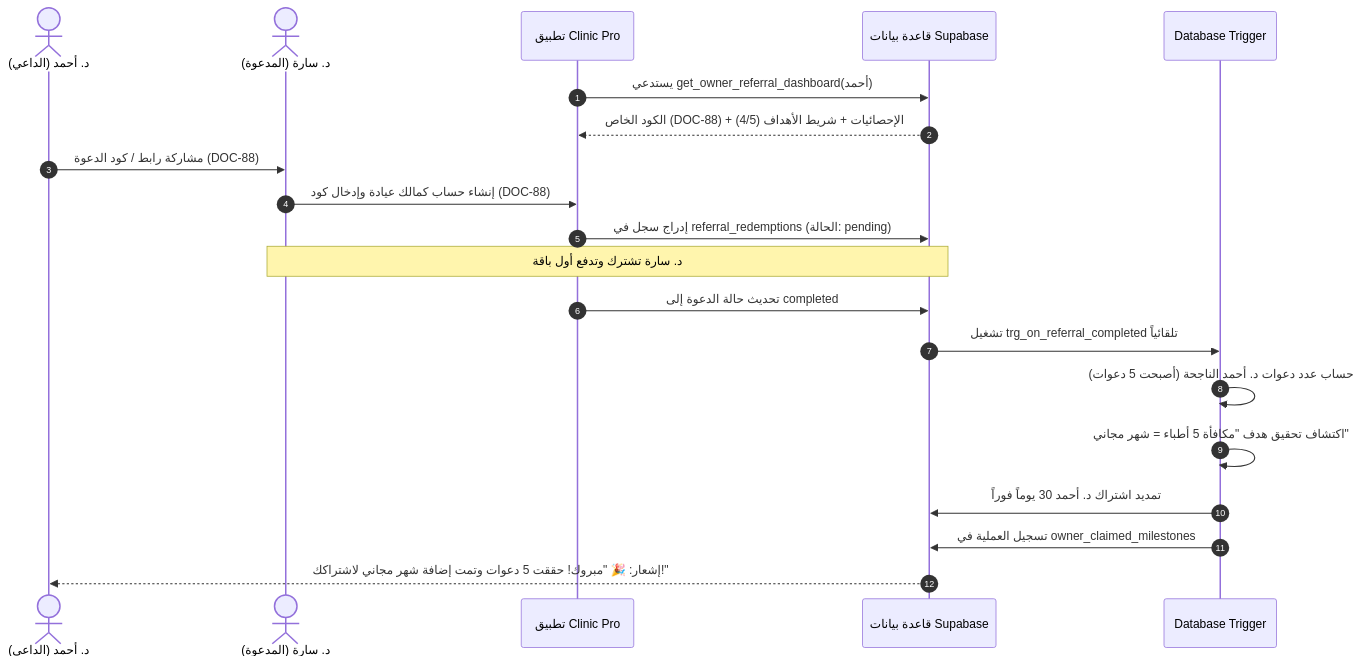
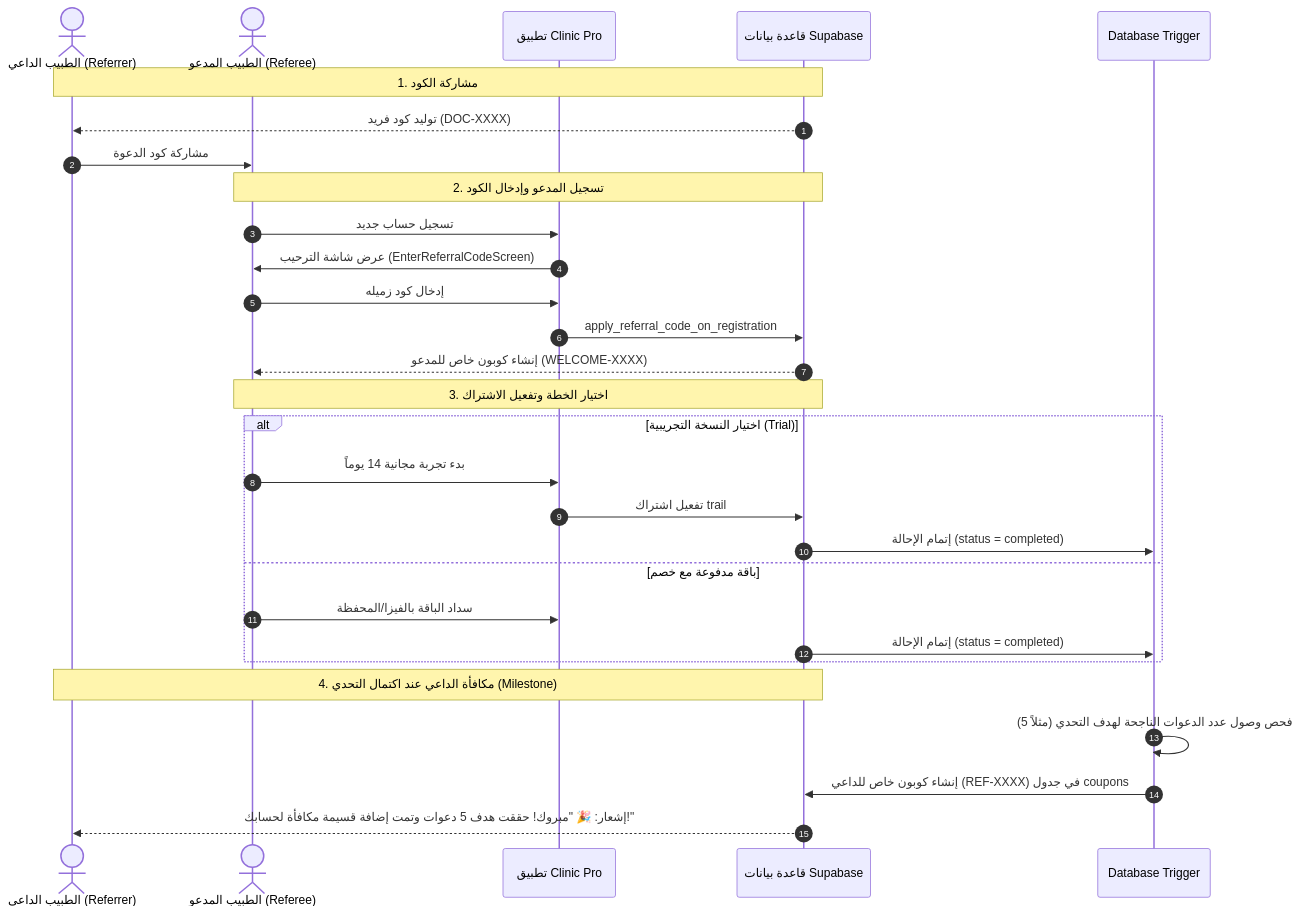
One commit to michaelEmad02/Clinic-Pro changed the diagram in clinic_pro/docs/referrals_and_coupons/referrals_logic_guide.md. Above: the diagram before and after it, drawn with Mermaid. The commit also changed other lines of this file and 38 other files, not shown here.

````diff
--- a/clinic_pro/docs/referrals_and_coupons/referrals_logic_guide.md
+++ b/clinic_pro/docs/referrals_and_coupons/referrals_logic_guide.md
@@ -16,26 +28,35 @@
 ```mermaid
 sequenceDiagram
     autonumber
-    actor Referrer as د. أحمد (الداعي)
-    actor Referee as د. سارة (المدعوة)
+    actor Referrer as الطبيب الداعي (Referrer)
+    actor Referee as الطبيب المدعو (Referee)
     participant App as تطبيق Clinic Pro
     participant DB as قاعدة بيانات Supabase
     participant Trigger as Database Trigger
 
-    App->>DB: يستدعي get_owner_referral_dashboard(أحمد)
-    DB-->>App: الكود الخاص (DOC-88) + الإحصائيات + شريط الأهداف (4/5)
-    
-    Referrer->>Referee: مشاركة رابط / كود الدعوة (DOC-88)
-    Referee->>App: إنشاء حساب كمالك عيادة وإدخال كود (DOC-88)
-    App->>DB: إدراج سجل في referral_redemptions (الحالة: pending)
-    
-    Note over Referee,DB: د. سارة تشترك وتدفع أول باقة
-    
-    App->>DB: تحديث حالة الدعوة إلى completed
-    DB->>Trigger: تشغيل trg_on_referral_completed تلقائياً
-    Trigger->>Trigger: حساب عدد دعوات د. أحمد الناجحة (أصبحت 5 دعوات)
-    Trigger->>Trigger: اكتشاف تحقيق هدف "مكافأة 5 أطباء = شهر مجاني"
-    Trigger->>DB: تمديد اشتراك د. أحمد 30 يوماً فوراً
-    Trigger->>DB: تسجيل العملية في owner_claimed_milestones
-    DB-->>Referrer: إشعار: 🎉 "مبروك! حققت 5 دعوات وتمت إضافة شهر مجاني لاشتراكك!"
+    Note over Referrer,DB: 1. مشاركة الكود
+    DB-->>Referrer: توليد كود فريد (DOC-XXXX)
+    Referrer->>Referee: مشاركة كود الدعوة
+
+    Note over Referee,DB: 2. تسجيل المدعو وإدخال الكود
+    Referee->>App: تسجيل حساب جديد
+    App->>Referee: عرض شاشة الترحيب (EnterReferralCodeScreen)
+    Referee->>App: إدخال كود زميله
+    App->>DB: apply_referral_code_on_registration
+    DB-->>Referee: إنشاء كوبون خاص للمدعو (WELCOME-XXXX)
+
+    Note over Referee,DB: 3. اختيار الخطة وتفعيل الاشتراك
+    alt اختيار النسخة التجريبية (Trial)
+        Referee->>App: بدء تجربة مجانية 14 يوماً
+        App->>DB: تفعيل اشتراك trail
+        DB->>Trigger: إتمام الإحالة (status = completed)
+    else باقة مدفوعة مع خصم
+        Referee->>App: سداد الباقة بالفيزا/المحفظة
+        DB->>Trigger: إتمام الإحالة (status = completed)
+    end
+
+    Note over Referrer,DB: 4. مكافأة الداعي عند اكتمال التحدي (Milestone)
+    Trigger->>Trigger: فحص وصول عدد الدعوات الناجحة لهدف التحدي (مثلاً 5)
+    Trigger->>DB: إنشاء كوبون خاص للداعي (REF-XXXX) في جدول coupons
+    DB-->>Referrer: إشعار: 🎉 "مبروك! حققت هدف 5 دعوات وتمت إضافة قسيمة مكافأة لحسابك!"
 ```
````
